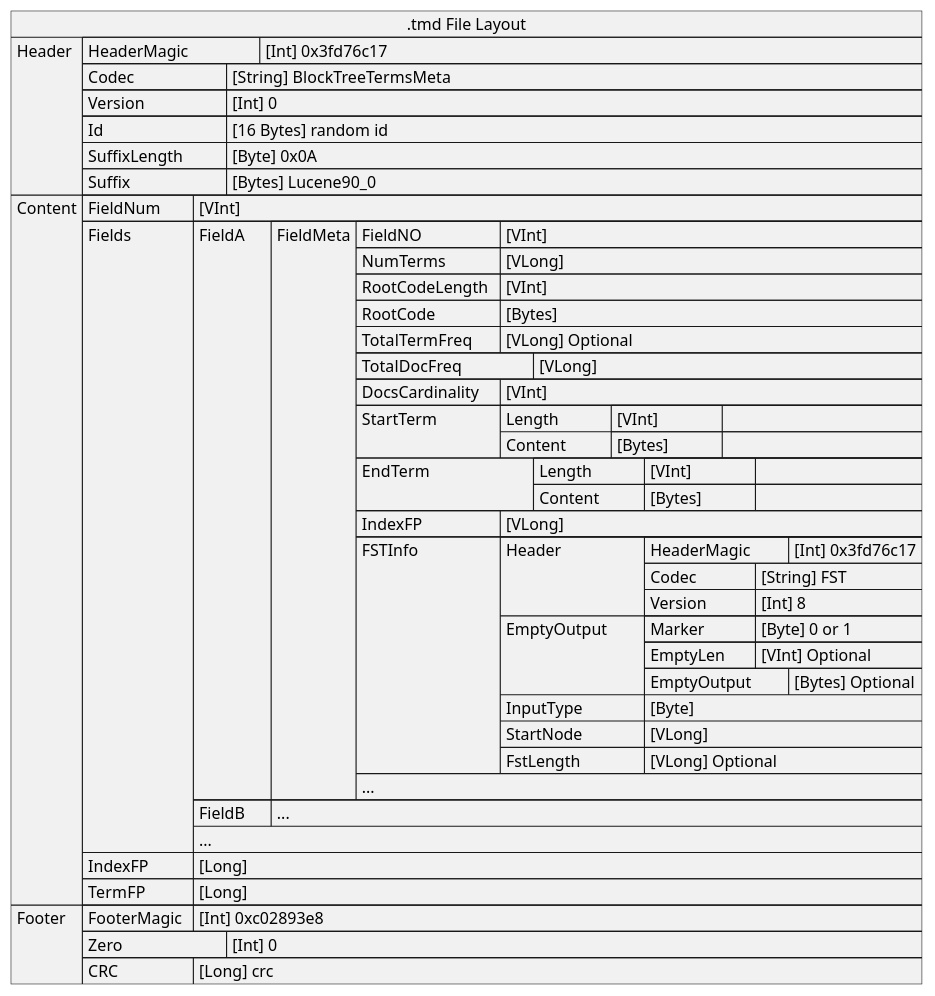
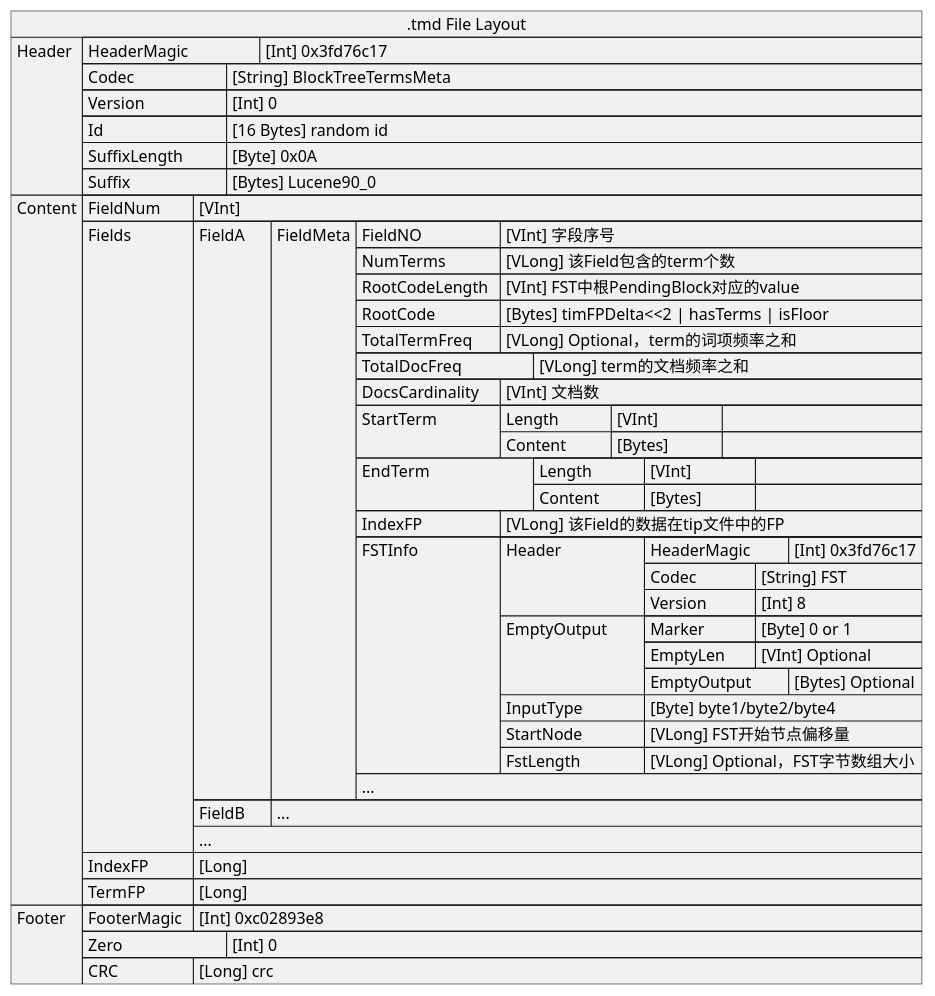
One commit to big-peter/lucene changed the diagram in uml/fileLayout/06.tmd.puml. Above: the diagram before and after it, drawn with PlantUML. The commit also changed 1 other file, not shown here.

```diff
--- a/uml/fileLayout/06.tmd.puml
+++ b/uml/fileLayout/06.tmd.puml
@@ -4,62 +4,62 @@
 @startuml
 json ".tmd File Layout" as J {
    "Header":[
       {"HeaderMagic\t\t": "[Int] 0x3fd76c17"},
       {"Codec\t\t\t": "[String] BlockTreeTermsMeta"},
       {"Version\t\t\t": "[Int] 0"},
       {"Id\t\t\t\t": "[16 Bytes] random id"},
       {"SuffixLength\t\t": "[Byte] 0x0A"},
       {"Suffix\t\t\t": "[Bytes] Lucene90_0"}
    ],
    "Content":[
       {"FieldNum\t": "[VInt]"},
       {"Fields\t\t": [
           {"FieldA\t": [
              {"FieldMeta": [
-                {"FieldNO\t\t\t": "[VInt]"},
-                {"NumTerms\t\t": "[VLong]"},
-                {"RootCodeLength\t": "[VInt]"},
-                {"RootCode\t\t": "[Bytes]"},
-                {"TotalTermFreq\t": "[VLong] Optional"},
-                {"TotalDocFreq\t\t": "[VLong]"},
-                {"DocsCardinality\t": "[VInt]"},
+                {"FieldNO\t\t\t": "[VInt] 字段序号"},
+                {"NumTerms\t\t": "[VLong] 该Field包含的term个数"},
+                {"RootCodeLength\t": "[VInt] FST中根PendingBlock对应的value"},
+                {"RootCode\t\t": "[Bytes] timFPDelta<<2 | hasTerms | isFloor"},
+                {"TotalTermFreq\t": "[VLong] Optional，term的词项频率之和"},
+                {"TotalDocFreq\t\t": "[VLong] term的文档频率之和"},
+                {"DocsCardinality\t": "[VInt] 文档数"},
                 {"StartTerm\t\t": {
                     "Length\t\t": {"[VInt]\t\t":[]},
                     "Content\t\t": {"[Bytes]\t\t":[]}
                 }},
                 {"EndTerm\t\t\t": {
                     "Length\t\t": {"[VInt]\t\t":[]},
                     "Content\t\t": {"[Bytes]\t\t":[]}
                 }},
-                {"IndexFP\t\t\t": "[VLong]"},
+                {"IndexFP\t\t\t": "[VLong] 该Field的数据在tip文件中的FP"},
                 {"FSTInfo\t\t\t": {
                     "Header\t":[
                         {"HeaderMagic\t": "[Int] 0x3fd76c17"},
                         {"Codec\t\t": "[String] FST"},
                         {"Version\t\t": "[Int] 8"}
                     ],
                     "EmptyOutput\t":[
                         {"Marker\t\t": "[Byte] 0 or 1"},
                         {"EmptyLen\t": "[VInt] Optional"},
                         {"EmptyOutput\t": "[Bytes] Optional"}
                     ],
-                    "InputType\t": "[Byte]",
-                    "StartNode\t": "[VLong]",
-                    "FstLength\t": "[VLong] Optional"
+                    "InputType\t": "[Byte] byte1/byte2/byte4",
+                    "StartNode\t": "[VLong] FST开始节点偏移量",
+                    "FstLength\t": "[VLong] Optional，FST字节数组大小"
                 }},
                 "..."
              ]}
           ]},
           {"FieldB\t":["..."]},
           "..."
       ]},
       {"IndexFP\t\t": "[Long]"},
       {"TermFP\t\t": "[Long]"}
    ],
    "Footer":[
       {"FooterMagic\t": "[Int] 0xc02893e8"},
       {"Zero\t\t\t": "[Int] 0"},
       {"CRC\t\t\t": "[Long] crc"}
    ]
 }
 @enduml
```
